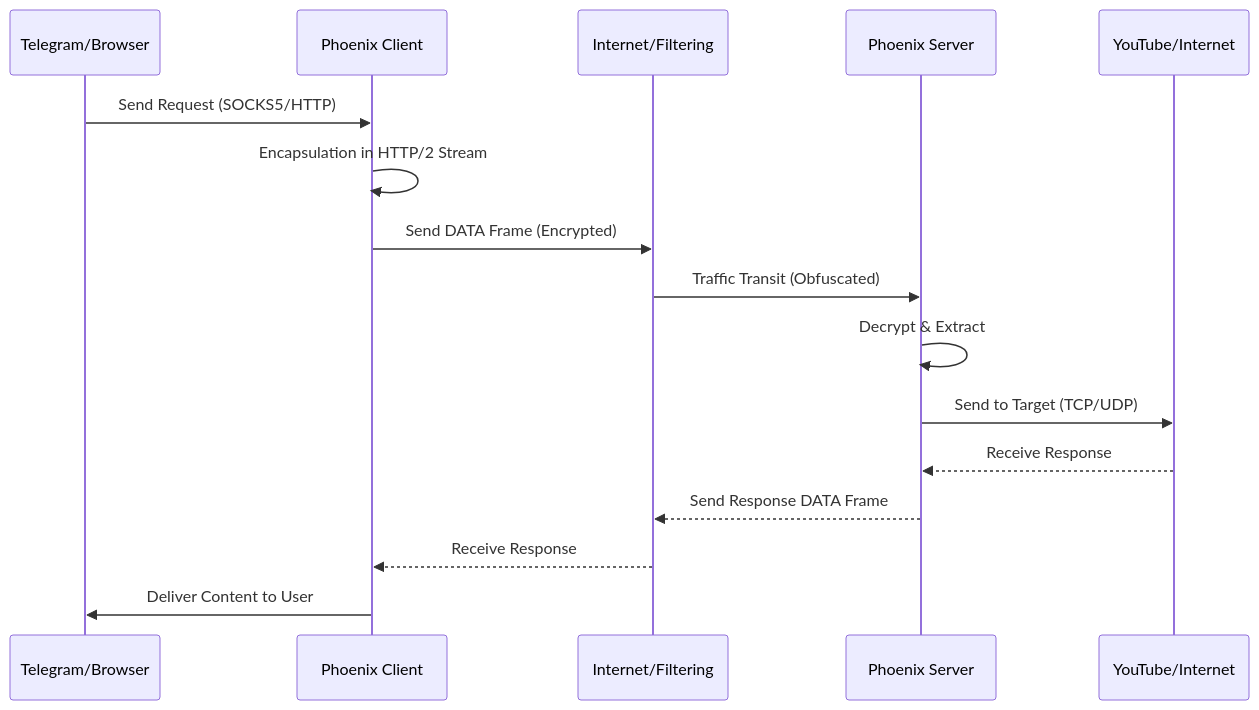
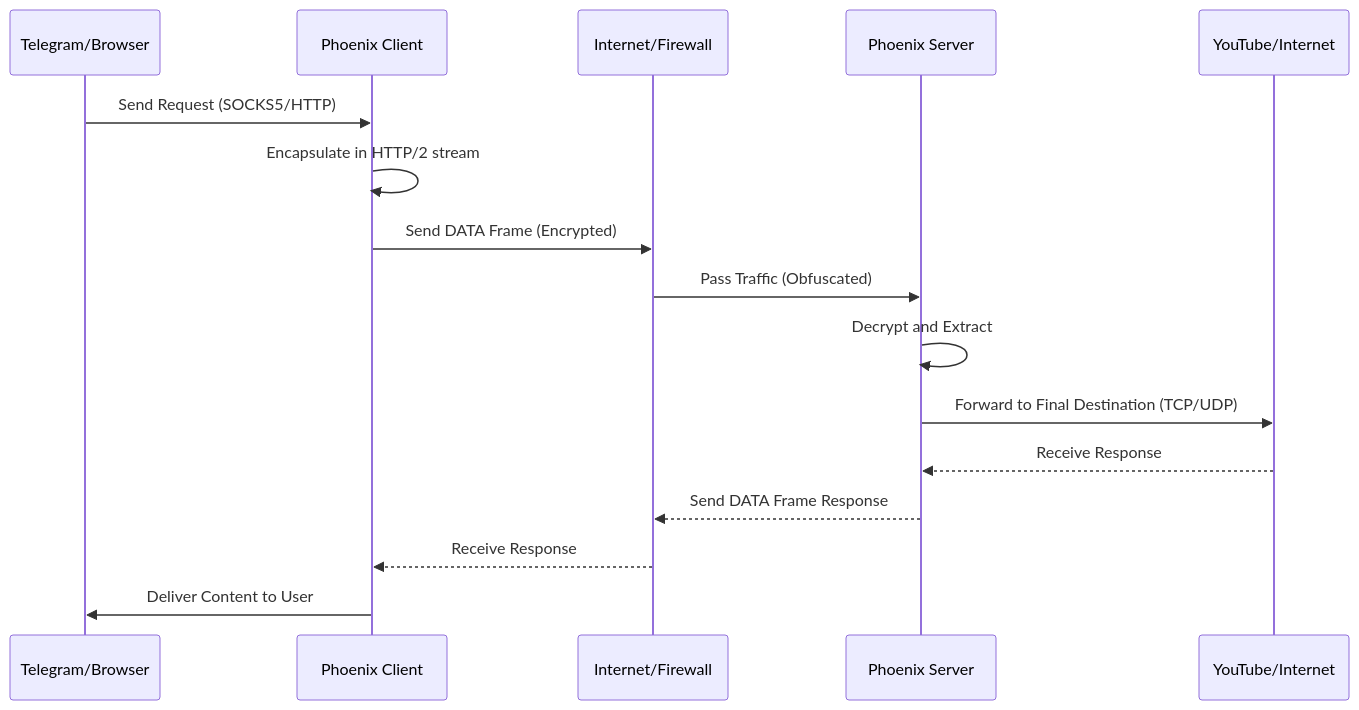
The diagram in docs/guide/architecture.md (Selin2005/phoenix), drawn with Mermaid before and after one commit. The commit also changed other lines of this file and 9 other files, not shown here.

````diff
--- a/docs/guide/architecture.md
+++ b/docs/guide/architecture.md
@@ -11,19 +11,19 @@
 ```mermaid
 sequenceDiagram
     participant UserApp as Telegram/Browser
     participant Client as Phoenix Client
-    participant Internet as Internet/Filtering
+    participant Internet as Internet/Firewall
     participant Server as Phoenix Server
     participant Target as YouTube/Internet
 
     UserApp->>Client: Send Request (SOCKS5/HTTP)
-    Client->>Client: Encapsulation in HTTP/2 Stream
+    Client->>Client: Encapsulate in HTTP/2 stream
     Client->>Internet: Send DATA Frame (Encrypted)
-    Internet->>Server: Traffic Transit (Obfuscated)
-    Server->>Server: Decrypt & Extract
-    Server->>Target: Send to Target (TCP/UDP)
+    Internet->>Server: Pass Traffic (Obfuscated)
+    Server->>Server: Decrypt and Extract
+    Server->>Target: Forward to Final Destination (TCP/UDP)
     Target-->>Server: Receive Response
-    Server-->>Internet: Send Response DATA Frame
+    Server-->>Internet: Send DATA Frame Response
     Internet-->>Client: Receive Response
     Client->>UserApp: Deliver Content to User
 ```
````
